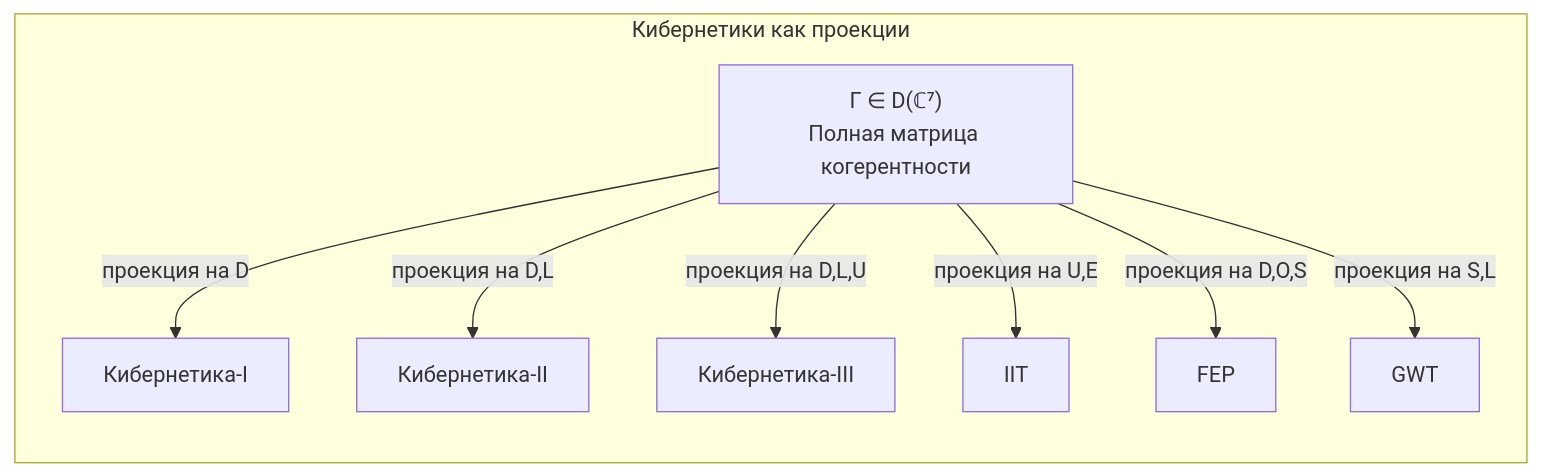
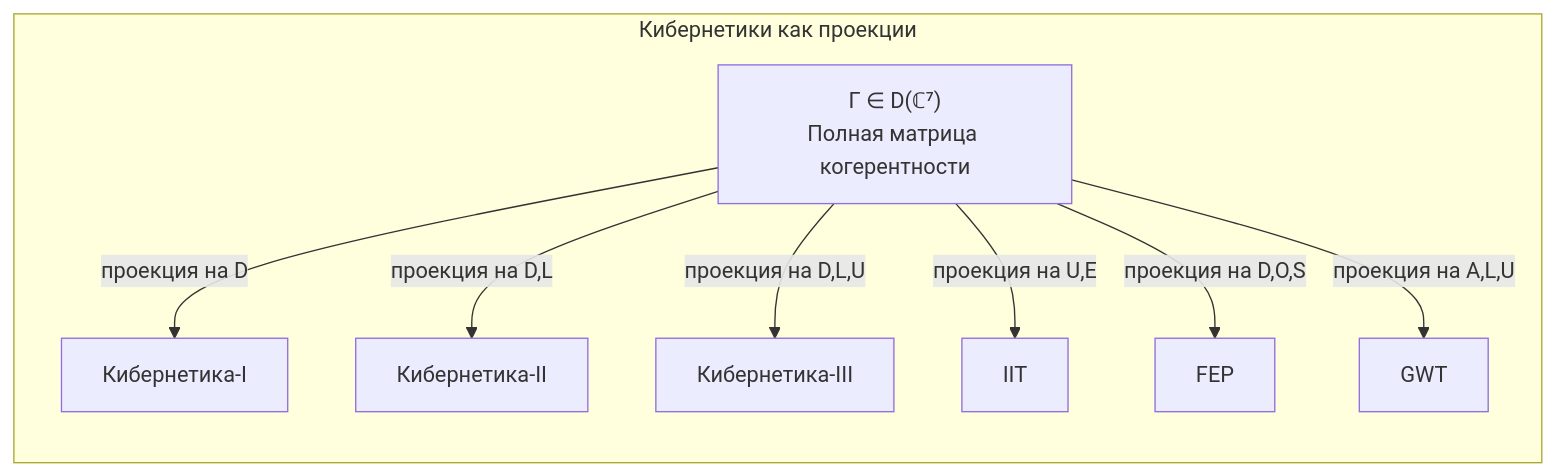
One commit to gst-st/uhm changed the second of 3 diagrams in website/i18n/ru/docusaurus-plugin-content-docs/current/applied/coherence-cybernetics/cybernetics-history.md. Above: the diagram before and after it, drawn with Mermaid. The commit also changed other lines of this file and 376 other files, not shown here.

First line of the commit message:
Refactor UHM canon, decontaminate architecture, and verify EN/RU parity

````diff
--- a/website/i18n/ru/docusaurus-plugin-content-docs/current/applied/coherence-cybernetics/cybernetics-history.md
+++ b/website/i18n/ru/docusaurus-plugin-content-docs/current/applied/coherence-cybernetics/cybernetics-history.md
@@ -548,12 +548,12 @@
 ```mermaid
 graph LR
     subgraph "Кибернетики как проекции"
         G["Γ ∈ D(ℂ⁷)<br/>Полная матрица когерентности"]
         G -->|"проекция на D"| C1["Кибернетика-I"]
         G -->|"проекция на D,L"| C2["Кибернетика-II"]
         G -->|"проекция на D,L,U"| C3["Кибернетика-III"]
         G -->|"проекция на U,E"| IIT["IIT"]
         G -->|"проекция на D,O,S"| FEP["FEP"]
-        G -->|"проекция на S,L"| GWT["GWT"]
+        G -->|"проекция на A,L,U"| GWT["GWT"]
     end
 ```
````
